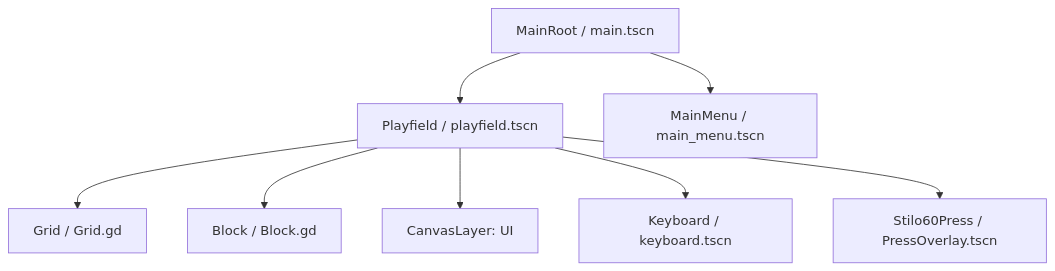
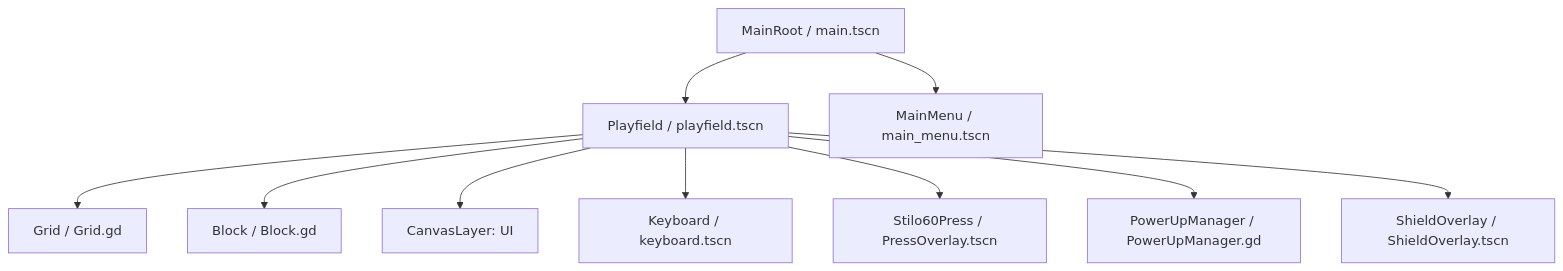
The diagram in ARCHITECTURE.md (happycoder1973/intercable-connectris), drawn with Mermaid before and after one commit. The commit also changed other lines of this file, not shown here.

Commit message:
Doc: Document Power-up mechanisms and VDE shield for Slice 3

````diff
--- a/ARCHITECTURE.md
+++ b/ARCHITECTURE.md
@@ -14,19 +14,23 @@
 ```mermaid
 graph TD
     Main[MainRoot / main.tscn]
     Playfield[Playfield / playfield.tscn]
     Grid[Grid / Grid.gd]
     Block[Block / Block.gd]
     UI[CanvasLayer: UI]
     MainMenu[MainMenu / main_menu.tscn]
     Keyboard[Keyboard / keyboard.tscn]
     PressOverlay[Stilo60Press / PressOverlay.tscn]
+    PowerUpManager[PowerUpManager / PowerUpManager.gd]
+    ShieldOverlay[ShieldOverlay / ShieldOverlay.tscn]
 
     Main --> Playfield
     Main --> MainMenu
     Playfield --> Grid
     Playfield --> Block
     Playfield --> UI
     Playfield --> Keyboard
     Playfield --> PressOverlay
+    Playfield --> PowerUpManager
+    Playfield --> ShieldOverlay
 ```
````
